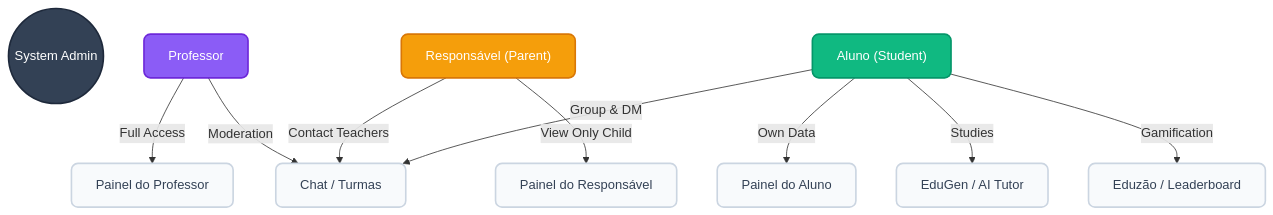
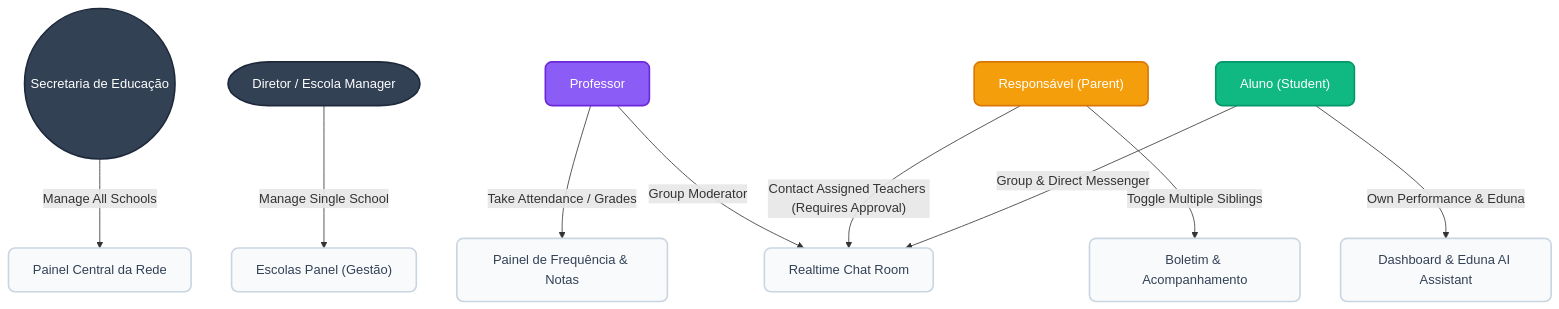
One commit to EduTok/map changed the third of 6 diagrams in README.md. Above: the diagram before and after it, drawn with Mermaid. The commit also changed other lines of this file, not shown here.

````diff
--- a/README.md
+++ b/README.md
@@ -62,32 +104,33 @@
 ```mermaid
 graph TD
     classDef roleAdmin fill:#334155,color:#fff,stroke:#1e293b,stroke-width:2px,rx:50px,ry:50px
     classDef roleProf fill:#8b5cf6,color:#fff,stroke:#6d28d9,stroke-width:2px,rx:8px,ry:8px
     classDef roleResp fill:#f59e0b,color:#fff,stroke:#d97706,stroke-width:2px,rx:8px,ry:8px
     classDef roleAluno fill:#10b981,color:#fff,stroke:#059669,stroke-width:2px,rx:8px,ry:8px
     classDef panel fill:#f8fafc,color:#334155,stroke:#cbd5e1,stroke-width:2px,rx:8px,ry:8px
 
-    Admin(("System Admin")):::roleAdmin
+    Secretaria(("Secretaria de Educação")):::roleAdmin
+    Diretor["Diretor / Escola Manager"]:::roleAdmin
 
     Prof["Professor"]:::roleProf
     Resp["Responsável (Parent)"]:::roleResp
     Aluno["Aluno (Student)"]:::roleAluno
 
-    PanelT["Painel do Professor"]:::panel
-    PanelR["Painel do Responsável"]:::panel
-    PanelA["Painel do Aluno"]:::panel
-    PanelC["Chat / Turmas"]:::panel
-    PanelG["EduGen / AI Tutor"]:::panel
-    PanelL["Eduzão / Leaderboard"]:::panel
+    PanelSec["Painel Central da Rede"]:::panel
+    PanelEsc["Escolas Panel (Gestão)"]:::panel
+    PanelT["Painel de Frequência & Notas"]:::panel
+    PanelR["Boletim & Acompanhamento"]:::panel
+    PanelA["Dashboard & Eduna AI Assistant"]:::panel
+    PanelC["Realtime Chat Room"]:::panel
 
-    Prof -->|"Full Access"| PanelT
-    Resp -->|"View Only Child"| PanelR
-    Aluno -->|"Own Data"| PanelA
+    Secretaria -->|"Manage All Schools"| PanelSec
+    Diretor -->|"Manage Single School"| PanelEsc
+    
+    Prof -->|"Take Attendance / Grades"| PanelT
+    Resp -->|"Toggle Multiple Siblings"| PanelR
+    Aluno -->|"Own Performance & Eduna"| PanelA
 
-    Prof -->|"Moderation"| PanelC
-    Resp -->|"Contact Teachers"| PanelC
-    Aluno -->|"Group & DM"| PanelC
-
-    Aluno -->|"Studies"| PanelG
-    Aluno -->|"Gamification"| PanelL
+    Prof -->|"Group Moderator"| PanelC
+    Resp -->|"Contact Assigned Teachers (Requires Approval)"| PanelC
+    Aluno -->|"Group & Direct Messenger"| PanelC
 ```
````
